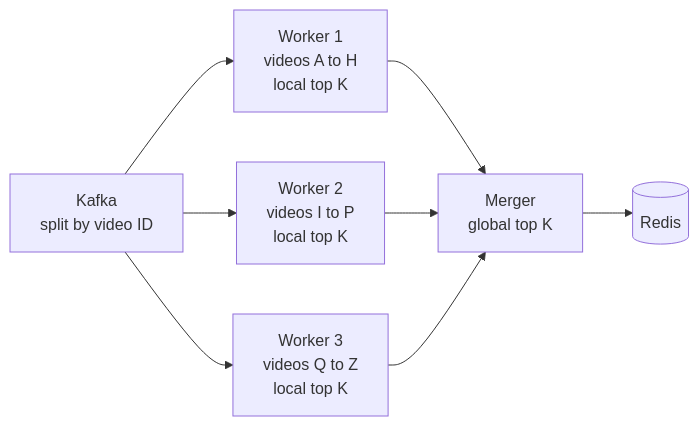
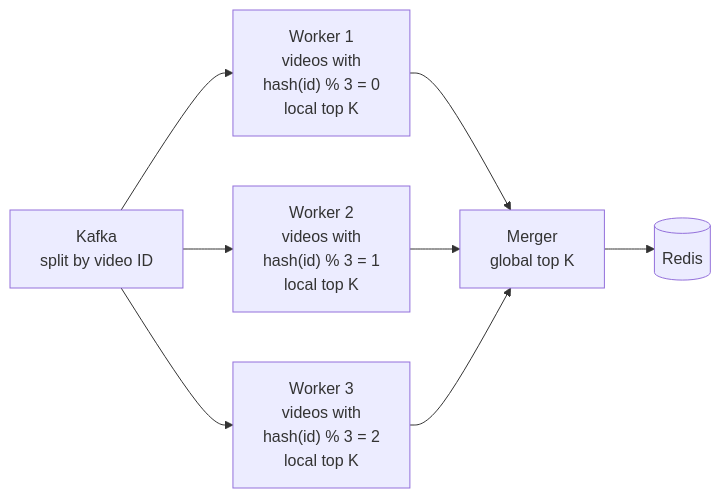
Before and after one commit to iamrs77/interview-ready: the second of 4 diagrams in content/system-design/questions/top-k.mdx, drawn with Mermaid. The commit also changed other lines of this file and 132 other files, not shown here.

````diff
--- a/content/system-design/questions/top-k.mdx
+++ b/content/system-design/questions/top-k.mdx
@@ -133,10 +134,10 @@
 ```mermaid
 flowchart LR
-  Kafka["Kafka<br/>split by video ID"]:::queue --> W1["Worker 1<br/>videos A to H<br/>local top K"]:::service
-  Kafka --> W2["Worker 2<br/>videos I to P<br/>local top K"]:::service
-  Kafka --> W3["Worker 3<br/>videos Q to Z<br/>local top K"]:::service
+  Kafka["Kafka<br/>split by video ID"]:::queue --> W1["Worker 1<br/>videos with<br/>hash(id) % 3 = 0<br/>local top K"]:::service
+  Kafka --> W2["Worker 2<br/>videos with<br/>hash(id) % 3 = 1<br/>local top K"]:::service
+  Kafka --> W3["Worker 3<br/>videos with<br/>hash(id) % 3 = 2<br/>local top K"]:::service
   W1 --> Merge["Merger<br/>global top K"]:::service
   W2 --> Merge
   W3 --> Merge
   Merge --> Cache[("Redis")]:::cache
 ```
````
